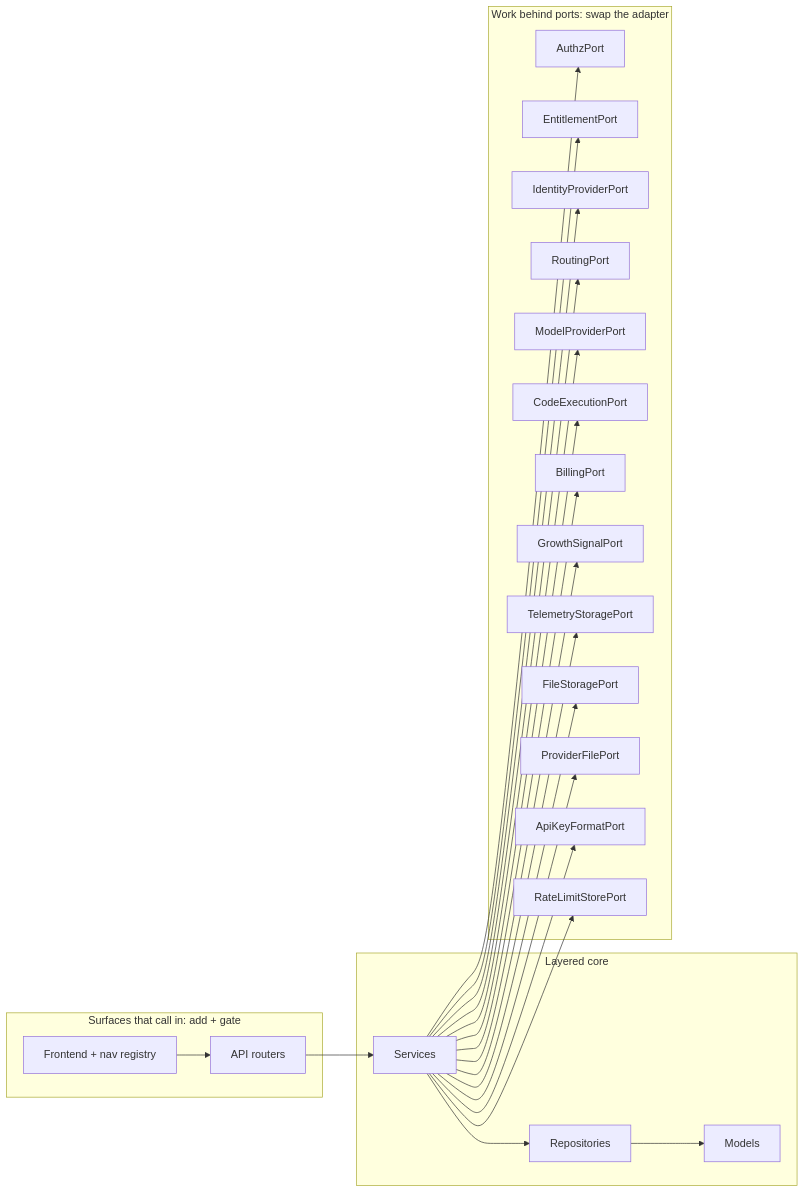
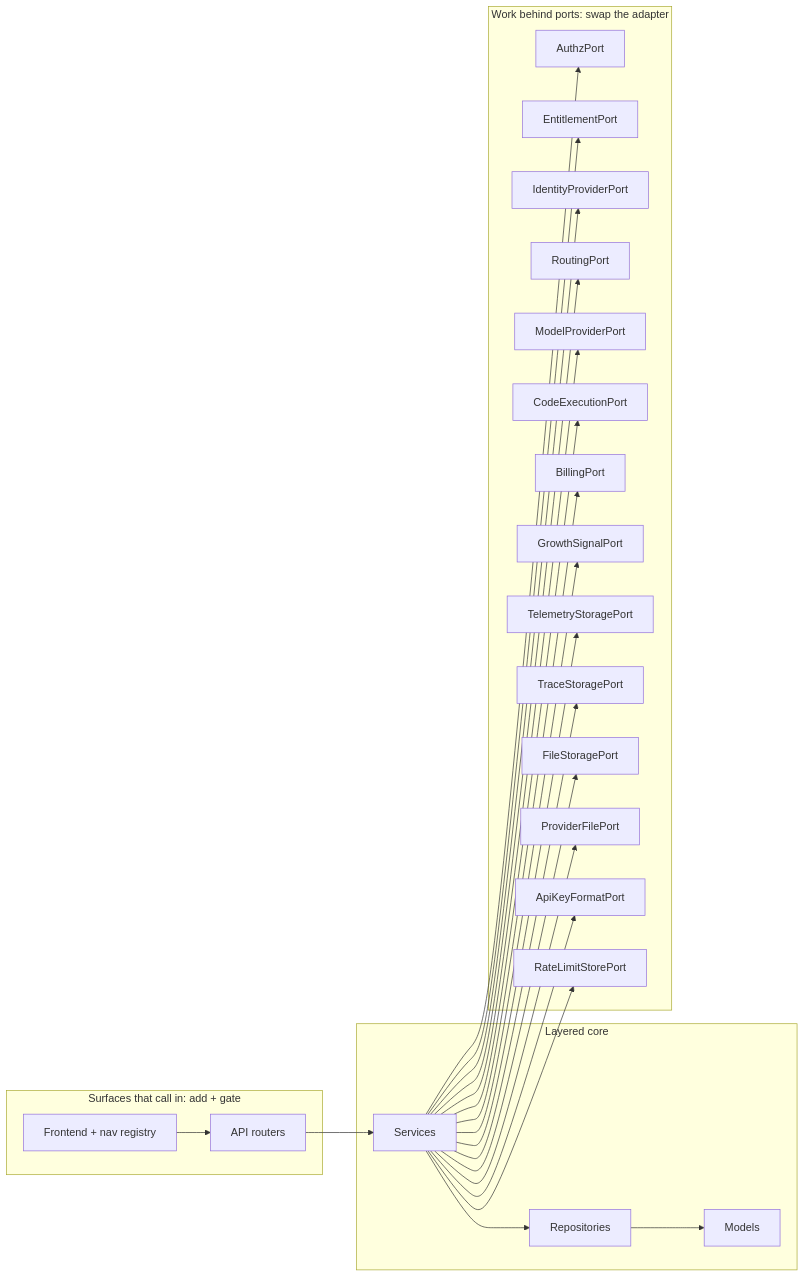
The second of 2 diagrams in ARCHITECTURE.md (mozilla-ai/otari), drawn with Mermaid before and after one commit. The commit also changed other lines of this file and 20 other files, not shown here.

````diff
--- a/ARCHITECTURE.md
+++ b/ARCHITECTURE.md
@@ -130,41 +131,43 @@
 ```mermaid
 flowchart LR
     subgraph driving["Surfaces that call in: add + gate"]
         UI["Frontend + nav registry"]
         API["API routers"]
     end
     subgraph core["Layered core"]
         SVC[Services]
         REPO[Repositories]
         MOD[Models]
     end
     subgraph driven["Work behind ports: swap the adapter"]
         AP[AuthzPort]
         EP[EntitlementPort]
         IP[IdentityProviderPort]
         RP[RoutingPort]
         MP[ModelProviderPort]
         CP[CodeExecutionPort]
         BP[BillingPort]
         GP[GrowthSignalPort]
         TP[TelemetryStoragePort]
+        TR[TraceStoragePort]
         FP[FileStoragePort]
         PF[ProviderFilePort]
         KP[ApiKeyFormatPort]
         RL[RateLimitStorePort]
     end
     UI --> API --> SVC --> REPO --> MOD
     SVC --> AP
     SVC --> EP
     SVC --> IP
     SVC --> RP
     SVC --> MP
     SVC --> CP
     SVC --> BP
     SVC --> GP
     SVC --> TP
+    SVC --> TR
     SVC --> FP
     SVC --> PF
     SVC --> KP
     SVC --> RL
 ```
````
